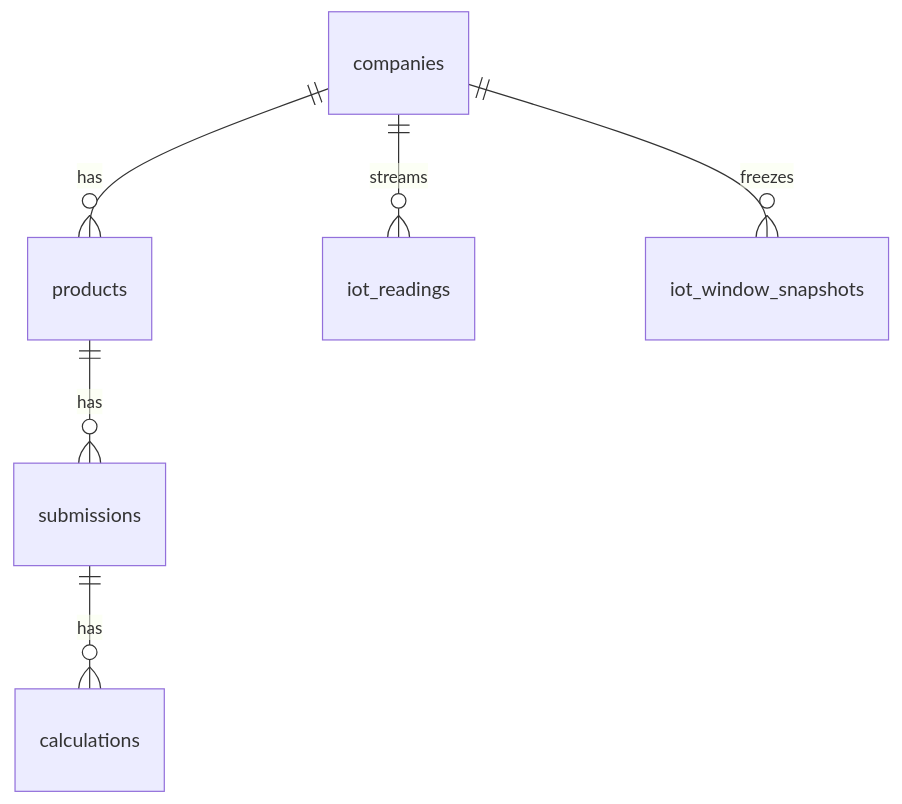
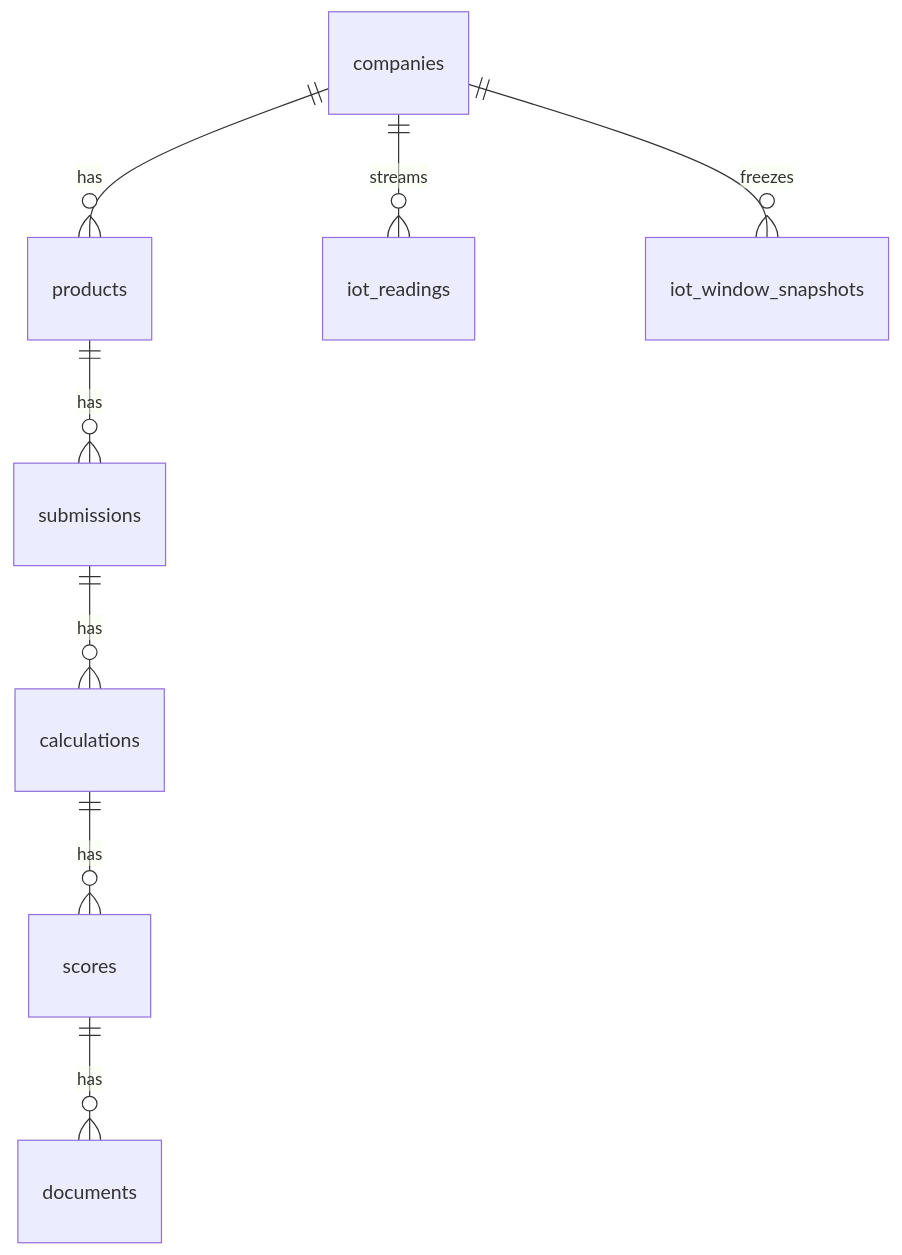
The sixth of 6 diagrams in README.en.md (pennythewise/GreenGru), drawn with Mermaid before and after one commit. The commit also changed other lines of this file and 1 other file, not shown here.

````diff
--- a/README.en.md
+++ b/README.en.md
@@ -161,8 +172,10 @@
 ```mermaid
 erDiagram
   companies ||--o{ products : has
   products ||--o{ submissions : has
   submissions ||--o{ calculations : has
   companies ||--o{ iot_readings : streams
   companies ||--o{ iot_window_snapshots : freezes
+  calculations ||--o{ scores : has
+  scores ||--o{ documents : has
 ```
````
